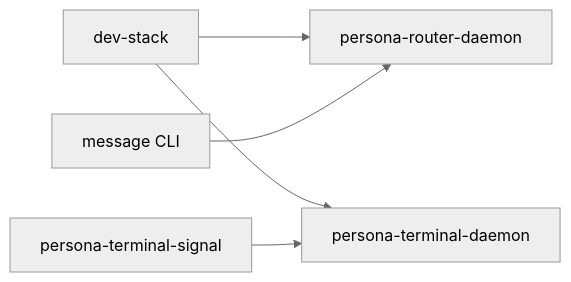
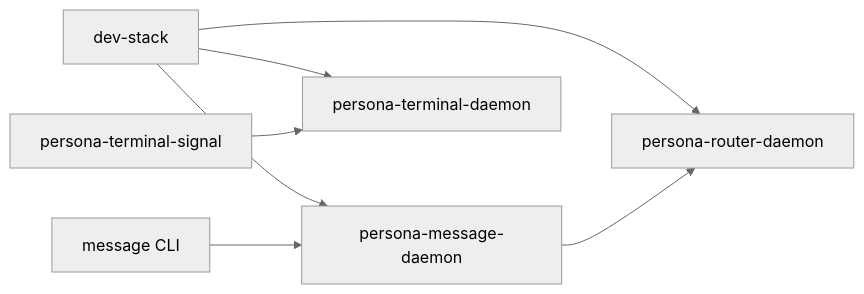
Before and after one commit to LiGoldragon/persona: the second of 3 diagrams in TESTS.md, drawn with Mermaid (neutral theme). The commit also changed other lines of this file and 1 other file, not shown here.

First line of the commit message:
persona-dev-stack: route through persona-message-daemon for working smoke

````diff
--- a/TESTS.md
+++ b/TESTS.md
@@ -142,13 +142,16 @@
 ```mermaid
 flowchart LR
     dev["dev-stack"]
     router["persona-router-daemon"]
+    message_daemon["persona-message-daemon"]
     terminal["persona-terminal-daemon"]
     message["message CLI"]
     terminal_signal["persona-terminal-signal"]
 
     dev --> router
+    dev --> message_daemon
     dev --> terminal
-    message --> router
+    message --> message_daemon
+    message_daemon --> router
     terminal_signal --> terminal
 ```
````
